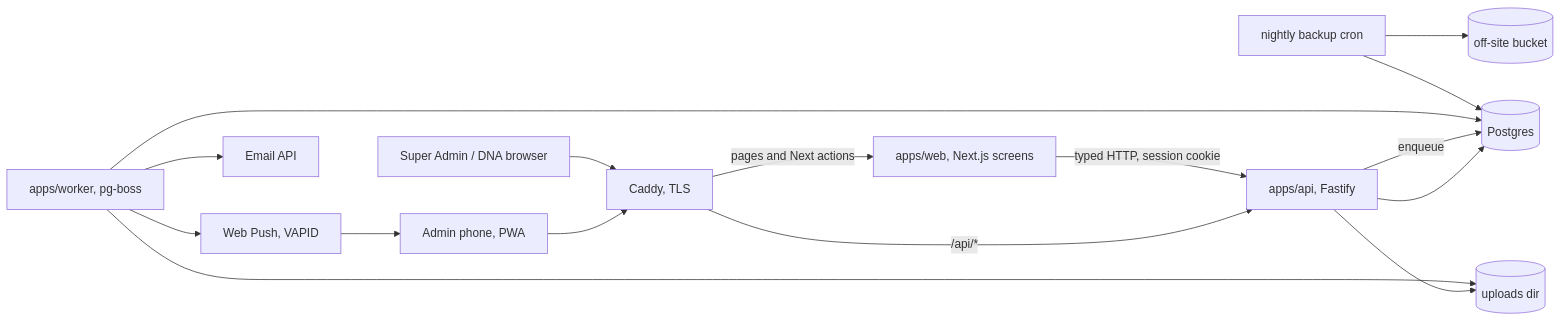
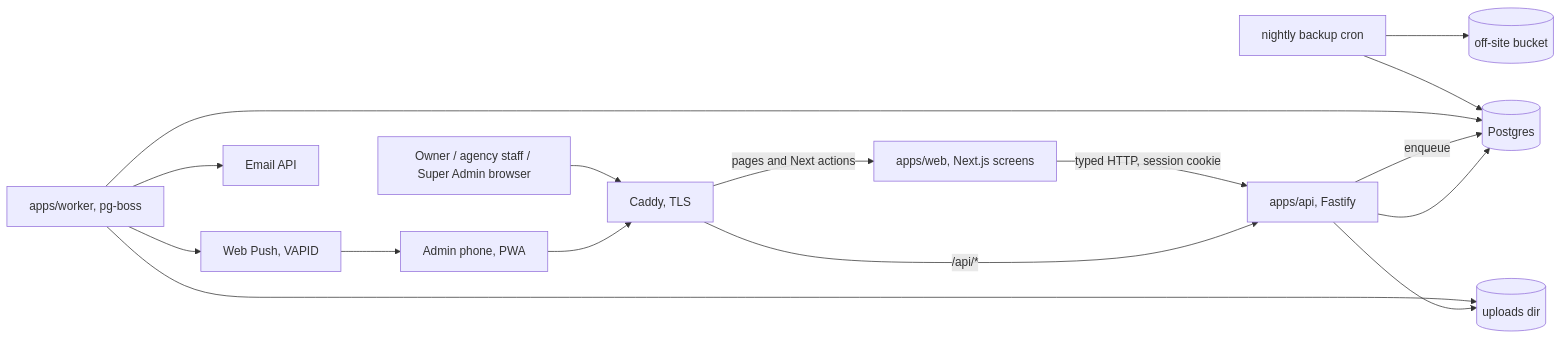
The first of 4 diagrams in docs/developer-design.md (iranjaya/anar), drawn with Mermaid before and after one commit. The commit also changed other lines of this file and 1 other file, not shown here.

Commit message:
docs: add owner and agencies above companies in the design and S1/S2 spec

````diff
--- a/docs/developer-design.md
+++ b/docs/developer-design.md
@@ -77,18 +66,18 @@
 ```mermaid
 flowchart LR
   Phone[Admin phone, PWA] --> Caddy
-  Desk[Super Admin / DNA browser] --> Caddy
+  Desk[Owner / agency staff / Super Admin browser] --> Caddy
   Caddy[Caddy, TLS] -->|pages and Next actions| Web[apps/web, Next.js screens]
   Caddy -->|/api/*| API[apps/api, Fastify]
   Web -->|typed HTTP, session cookie| API
   API --> PG[(Postgres)]
   API --> Files[(uploads dir)]
   API -->|enqueue| PG
   Worker[apps/worker, pg-boss] --> PG
   Worker --> Files
   Worker --> Push[Web Push, VAPID]
   Worker --> Email[Email API]
   Push --> Phone
   Backup[nightly backup cron] --> PG
   Backup --> Offsite[(off-site bucket)]
 ```
````
